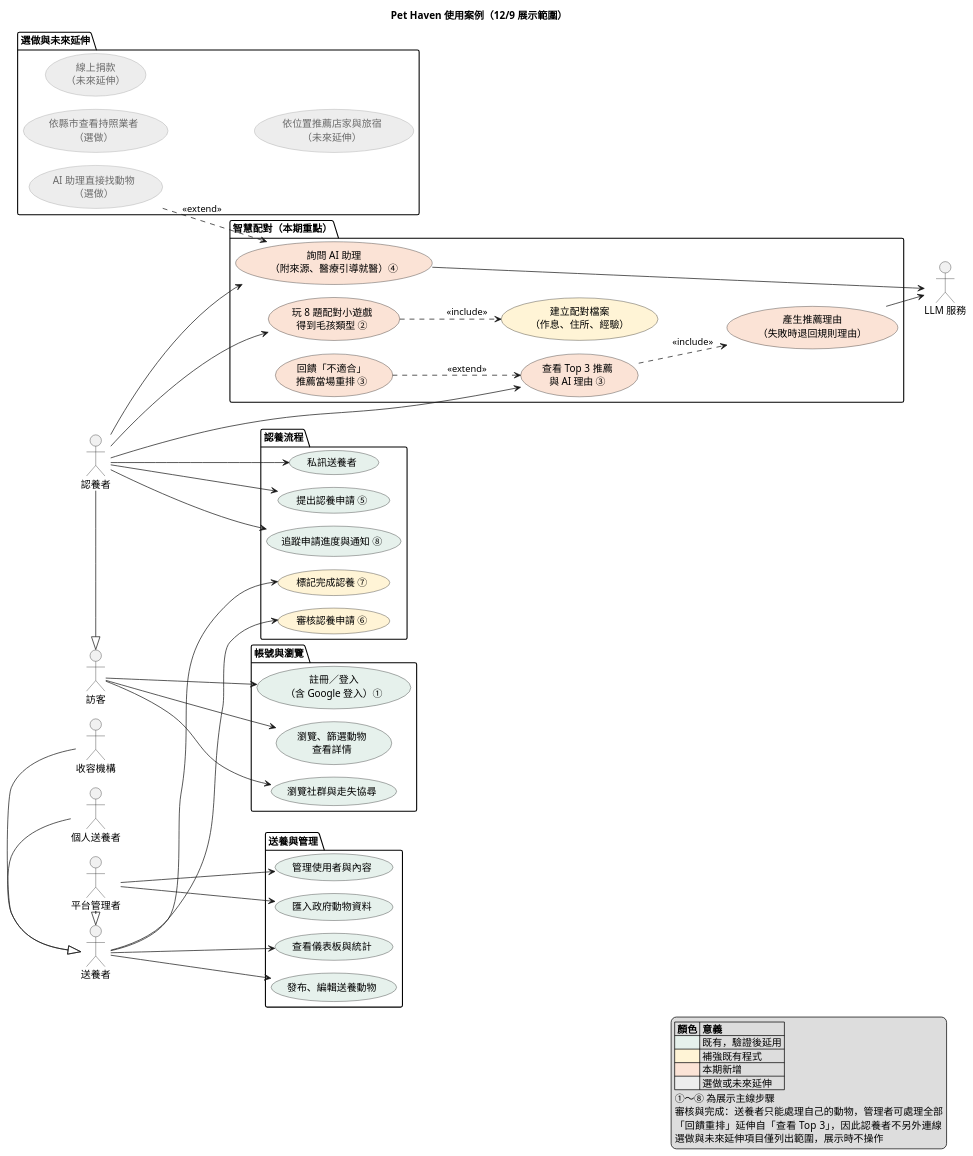
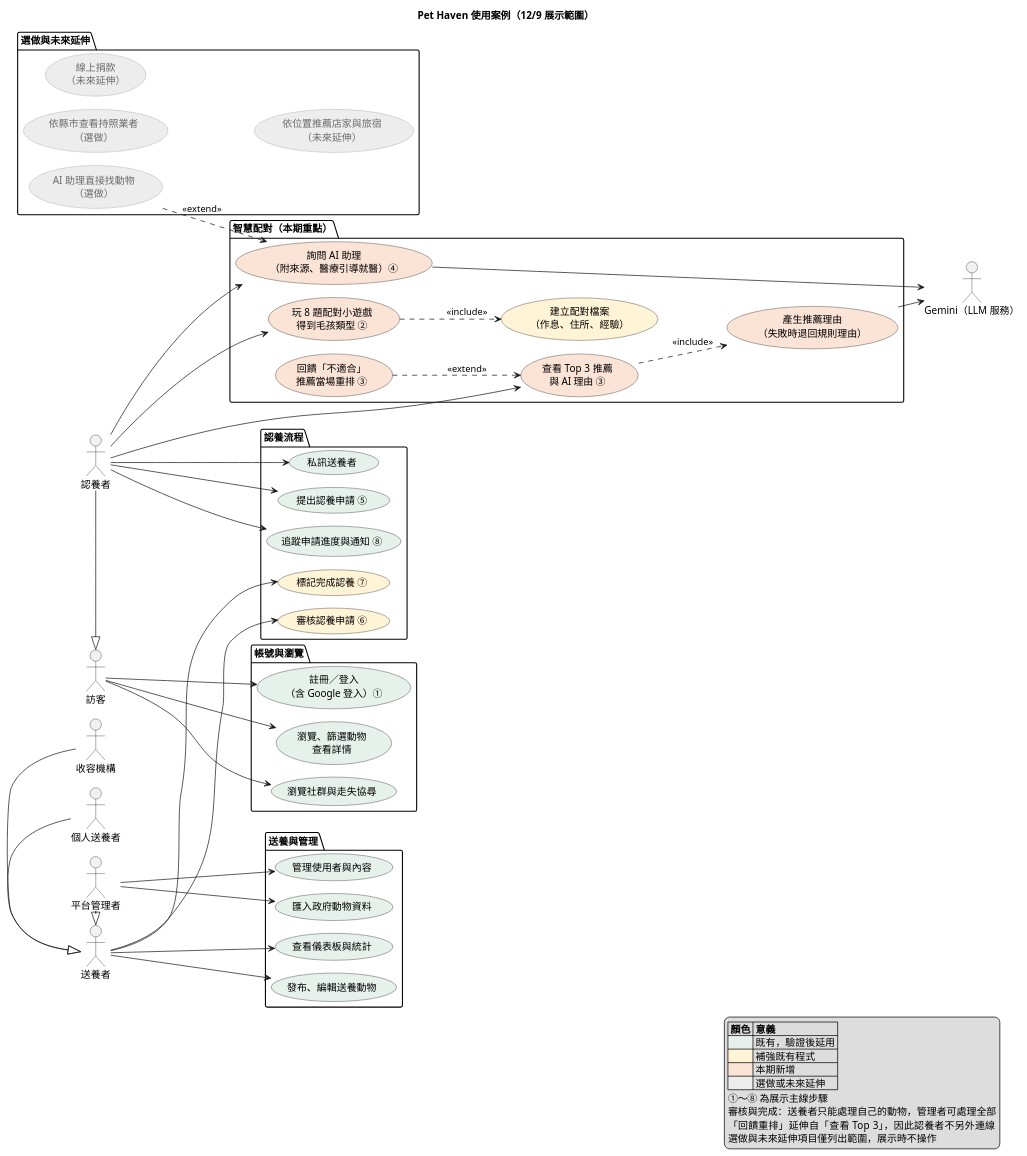
The diagram in docs/architecture/diagrams/use-case.puml (Shandi00/pet-haven), drawn with PlantUML before and after one commit. The commit also changed 4 other files, not shown here.

First line of the commit message:
docs: 現況架構補齊新增欄位、認養狀態圖與 FastAPI 敘述，更新架構圖 (T03)

```diff
--- a/docs/architecture/diagrams/use-case.puml
+++ b/docs/architecture/diagrams/use-case.puml
@@ -1,109 +1,109 @@
 @startuml use-case
 ' Pet Haven 使用案例圖（12/9 展示範圍＋選做與未來延伸）
 ' 依據：docs/superpowers/specs/2026-11-25-需求與展示範圍-design.md
 ' 顏色：綠＝既有、黃＝補強、橘＝本期新增、灰＝選做或未來延伸；①～⑧ 為展示主線步驟
 !pragma layout smetana
 skinparam defaultFontName "Microsoft JhengHei"
 skinparam shadowing false
 left to right direction
 skinparam usecase {
   BackgroundColor<<existing>> #E6F1EC
   BackgroundColor<<enhance>> #FFF4D6
   BackgroundColor<<new>> #FBE3D6
   BackgroundColor<<future>> #EDEDED
   BorderColor<<future>> #9A9A9A
   FontColor<<future>> #6B6B6B
 }
 hide stereotype
 
 title Pet Haven 使用案例（12/9 展示範圍）
 
 actor "訪客" as Guest
 actor "認養者" as Adopter
 actor "送養者" as Owner
 actor "個人送養者" as Personal
 actor "收容機構" as Shelter
 actor "平台管理者" as Admin
-actor "LLM 服務" as LLM <<system>>
+actor "Gemini（LLM 服務）" as LLM <<system>>
 
 Adopter -|> Guest
 Personal -|> Owner
 Shelter -|> Owner
 Admin -|> Owner
 
   package "帳號與瀏覽" {
     usecase "註冊／登入\n（含 Google 登入）①" as UC_Login <<existing>>
     usecase "瀏覽、篩選動物\n查看詳情" as UC_Browse <<existing>>
     usecase "瀏覽社群與走失協尋" as UC_Community <<existing>>
   }
 
   package "智慧配對（本期重點）" {
     usecase "建立配對檔案\n（作息、住所、經驗）" as UC_Profile <<enhance>>
     usecase "玩 8 題配對小遊戲\n得到毛孩類型 ②" as UC_Game <<new>>
     usecase "查看 Top 3 推薦\n與 AI 理由 ③" as UC_Top3 <<new>>
     usecase "回饋「不適合」\n推薦當場重排 ③" as UC_Feedback <<new>>
     usecase "詢問 AI 助理\n（附來源、醫療引導就醫）④" as UC_Chat <<new>>
     usecase "產生推薦理由\n（失敗時退回規則理由）" as UC_Reason <<new>>
   }
 
   package "認養流程" {
     usecase "提出認養申請 ⑤" as UC_Apply <<existing>>
     usecase "追蹤申請進度與通知 ⑧" as UC_Track <<existing>>
     usecase "私訊送養者" as UC_Message <<existing>>
     usecase "審核認養申請 ⑥" as UC_Review <<enhance>>
     usecase "標記完成認養 ⑦" as UC_Complete <<enhance>>
   }
 
   package "送養與管理" {
     usecase "發布、編輯送養動物" as UC_Publish <<existing>>
     usecase "查看儀表板與統計" as UC_Dashboard <<existing>>
     usecase "匯入政府動物資料" as UC_Import <<existing>>
     usecase "管理使用者與內容" as UC_Manage <<existing>>
   }
 
   package "選做與未來延伸" {
     usecase "依縣市查看持照業者\n（選做）" as UC_Shop <<future>>
     usecase "AI 助理直接找動物\n（選做）" as UC_ChatSearch <<future>>
     usecase "線上捐款\n（未來延伸）" as UC_Donate <<future>>
     usecase "依位置推薦店家與旅宿\n（未來延伸）" as UC_Nearby <<future>>
   }
 
 Guest --> UC_Login
 Guest --> UC_Browse
 Guest --> UC_Community
 
 Adopter --> UC_Game
 Adopter --> UC_Top3
 Adopter --> UC_Chat
 Adopter --> UC_Apply
 Adopter --> UC_Track
 Adopter --> UC_Message
 
 UC_Game ..> UC_Profile : <<include>>
 UC_Top3 ..> UC_Reason : <<include>>
 UC_Feedback ..> UC_Top3 : <<extend>>
 UC_ChatSearch ..> UC_Chat : <<extend>>
 
 UC_Reason --> LLM
 UC_Chat --> LLM
 
 Owner --> UC_Publish
 Owner --> UC_Review
 Owner --> UC_Complete
 Owner --> UC_Dashboard
 
 Admin --> UC_Import
 Admin --> UC_Manage
 
 legend right
   |= 顏色 |= 意義 |
   |<#E6F1EC>| 既有，驗證後延用 |
   |<#FFF4D6>| 補強既有程式 |
   |<#FBE3D6>| 本期新增 |
   |<#EDEDED>| 選做或未來延伸 |
   ①～⑧ 為展示主線步驟
   審核與完成：送養者只能處理自己的動物，管理者可處理全部
   「回饋重排」延伸自「查看 Top 3」，因此認養者不另外連線
   選做與未來延伸項目僅列出範圍，展示時不操作
 endlegend
 @enduml
```
